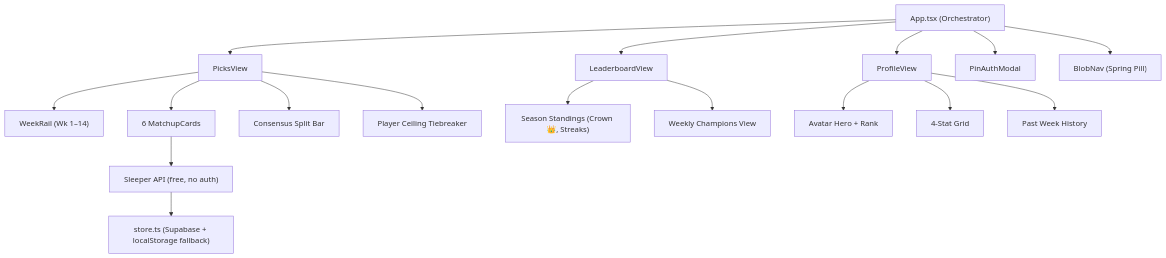
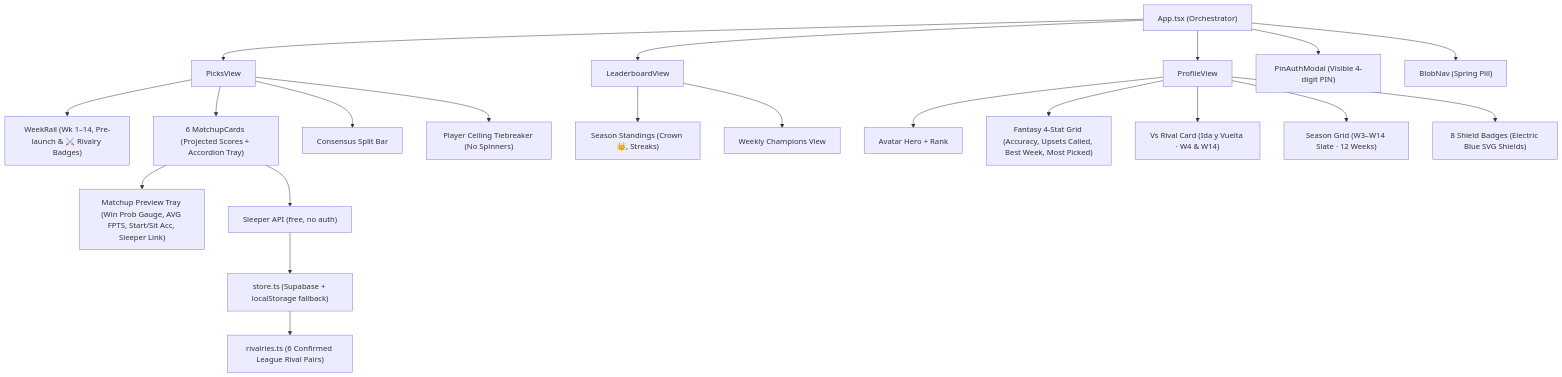
One commit to sauls6/last-chance-pickem changed the diagram in PLAN.md. Above: the diagram before and after it, drawn with Mermaid. The commit also changed other lines of this file and 2 other files, not shown here.

Commit message:
feat: pre-launch week indicators in rail and picks view, update PLAN.md runbook

````diff
--- a/PLAN.md
+++ b/PLAN.md
@@ -48,24 +48,28 @@
 ```mermaid
 flowchart TD
     App["App.tsx (Orchestrator)"]
     App --> Tab1["PicksView"]
     App --> Tab2["LeaderboardView"]
     App --> Tab3["ProfileView"]
-    App --> Auth["PinAuthModal"]
+    App --> Auth["PinAuthModal (Visible 4-digit PIN)"]
     App --> Nav["BlobNav (Spring Pill)"]
 
-    Tab1 --> Rail["WeekRail (Wk 1–14)"]
-    Tab1 --> Cards["6 MatchupCards"]
+    Tab1 --> Rail["WeekRail (Wk 1–14, Pre-launch & ⚔️ Rivalry Badges)"]
+    Tab1 --> Cards["6 MatchupCards (Projected Scores + Accordion Tray)"]
+    Cards --> Accordion["Matchup Preview Tray (Win Prob Gauge, AVG FPTS, Start/Sit Acc, Sleeper Link)"]
     Tab1 --> Splits["Consensus Split Bar"]
-    Tab1 --> TB["Player Ceiling Tiebreaker"]
+    Tab1 --> TB["Player Ceiling Tiebreaker (No Spinners)"]
 
     Tab2 --> Standing["Season Standings (Crown 👑, Streaks)"]
     Tab2 --> Weekly["Weekly Champions View"]
 
     Tab3 --> Hero["Avatar Hero + Rank"]
-    Tab3 --> Grid["4-Stat Grid"]
-    Tab3 --> Hist["Past Week History"]
+    Tab3 --> Grid["Fantasy 4-Stat Grid (Accuracy, Upsets Called, Best Week, Most Picked)"]
+    Tab3 --> Rival["Vs Rival Card (Ida y Vuelta · W4 & W14)"]
+    Tab3 --> Season["Season Grid (W3–W14 Slate · 12 Weeks)"]
+    Tab3 --> Badges["8 Shield Badges (Electric Blue SVG Shields)"]
 
     Cards --> Sleeper["Sleeper API (free, no auth)"]
     Sleeper --> Store["store.ts (Supabase + localStorage fallback)"]
+    Store --> Rivalries["rivalries.ts (6 Confirmed League Rival Pairs)"]
 ```
````
